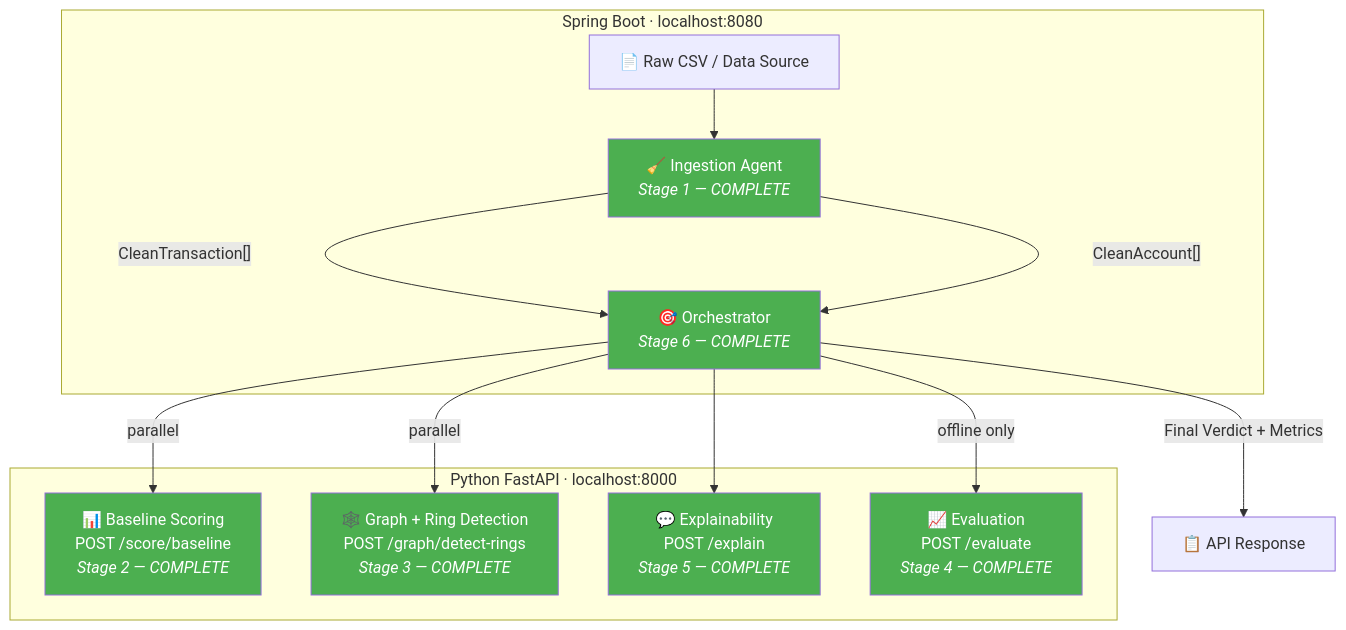
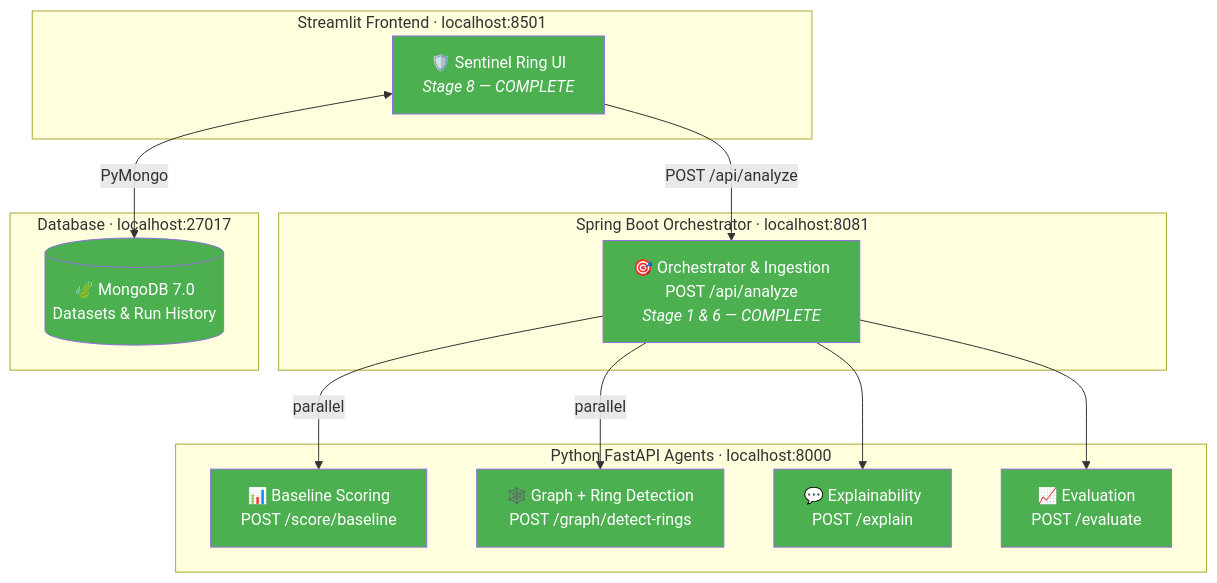
The diagram in PROJECT_SYNOPSIS.md (mdyusuf0/AI-Risk-Manager), drawn with Mermaid before and after one commit. The commit also changed other lines of this file and 76 other files, not shown here.

Commit message:
feat: migrate frontend to React Vite stack with Studio White design & Cytoscape graph

````diff
--- a/PROJECT_SYNOPSIS.md
+++ b/PROJECT_SYNOPSIS.md
@@ -27,31 +29,36 @@
 ```mermaid
 graph TB
-    subgraph "Spring Boot · localhost:8080"
-        CSV["📄 Raw CSV / Data Source"]
-        IA["🧹 Ingestion Agent<br/><i>Stage 1 — COMPLETE</i>"]
-        ORCH["🎯 Orchestrator<br/><i>Stage 6 — COMPLETE</i>"]
+    subgraph "Streamlit Frontend · localhost:8501"
+        UI["🛡️ Sentinel Ring UI<br/><i>Stage 8 — COMPLETE</i>"]
     end
 
-    subgraph "Python FastAPI · localhost:8000"
-        BS["📊 Baseline Scoring<br/>POST /score/baseline<br/><i>Stage 2 — COMPLETE</i>"]
-        GR["🕸️ Graph + Ring Detection<br/>POST /graph/detect-rings<br/><i>Stage 3 — COMPLETE</i>"]
-        EX["💬 Explainability<br/>POST /explain<br/><i>Stage 5 — COMPLETE</i>"]
-        EV["📈 Evaluation<br/>POST /evaluate<br/><i>Stage 4 — COMPLETE</i>"]
+    subgraph "Spring Boot Orchestrator · localhost:8081"
+        ORCH["🎯 Orchestrator & Ingestion<br/>POST /api/analyze<br/><i>Stage 1 & 6 — COMPLETE</i>"]
     end
 
-    CSV --> IA
-    IA -->|"CleanTransaction[]"| ORCH
-    IA -->|"CleanAccount[]"| ORCH
+    subgraph "Python FastAPI Agents · localhost:8000"
+        BS["📊 Baseline Scoring<br/>POST /score/baseline"]
+        GR["🕸️ Graph + Ring Detection<br/>POST /graph/detect-rings"]
+        EX["💬 Explainability<br/>POST /explain"]
+        EV["📈 Evaluation<br/>POST /evaluate"]
+    end
+
+    subgraph "Database · localhost:27017"
+        MONGO[("🍃 MongoDB 7.0<br/>Datasets & Run History")]
+    end
+
+    UI -->|"POST /api/analyze"| ORCH
+    UI <-->|"PyMongo"| MONGO
     ORCH -->|"parallel"| BS
     ORCH -->|"parallel"| GR
     ORCH --> EX
-    ORCH -->|"offline only"| EV
-    ORCH -->|"Final Verdict + Metrics"| OUTPUT["📋 API Response"]
+    ORCH --> EV
 
-    style IA fill:#4caf50,color:#fff
+    style UI fill:#4caf50,color:#fff
     style ORCH fill:#4caf50,color:#fff
     style BS fill:#4caf50,color:#fff
     style GR fill:#4caf50,color:#fff
     style EX fill:#4caf50,color:#fff
     style EV fill:#4caf50,color:#fff
+    style MONGO fill:#4caf50,color:#fff
 ```
````
